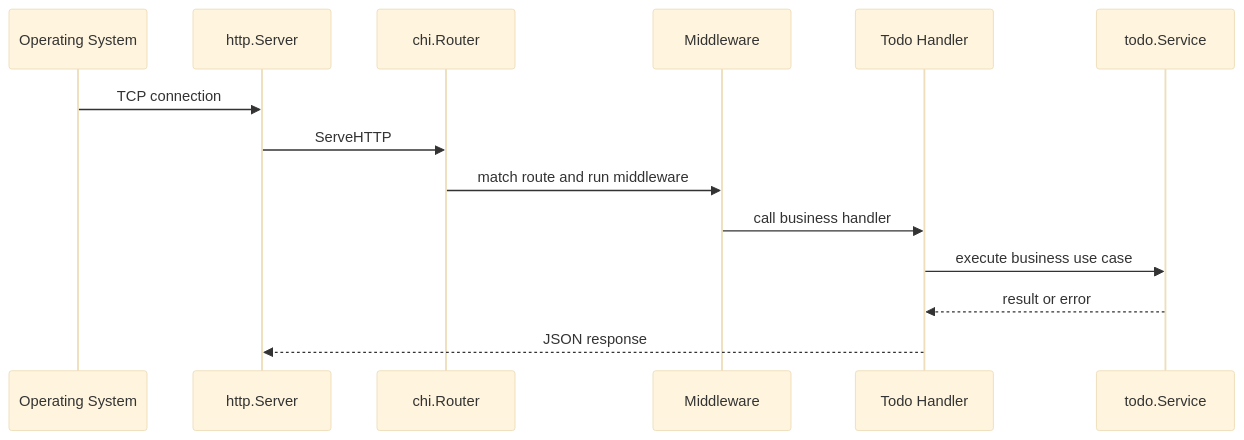
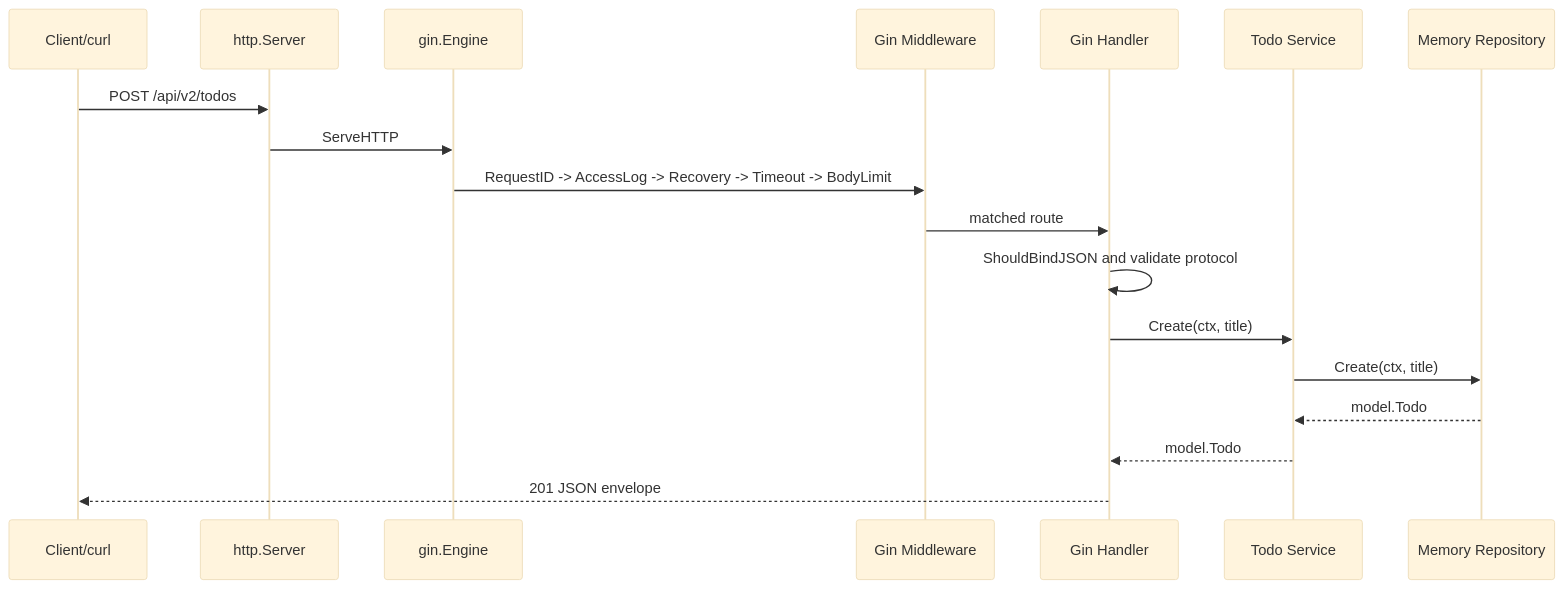
One commit to yleoer/cloud-native-todo-platform-docs changed the diagram in docs/chapters/stage-02-go-backend/10-go-web-api.md. Above: the diagram before and after it, drawn with Mermaid (base theme). The commit also changed other lines of this file and 3 other files, not shown here.

````diff
--- a/docs/chapters/stage-02-go-backend/10-go-web-api.md
+++ b/docs/chapters/stage-02-go-backend/10-go-web-api.md
@@ -275,17 +214,21 @@
 ```mermaid
 sequenceDiagram
-    participant OS as Operating System
+    participant Client as Client/curl
     participant Server as http.Server
-    participant Router as chi.Router
-    participant MW as Middleware
-    participant Handler as Todo Handler
-    participant Service as todo.Service
+    participant Gin as gin.Engine
+    participant MW as Gin Middleware
+    participant Handler as Gin Handler
+    participant Service as Todo Service
+    participant Repo as Memory Repository
 
-    OS->>Server: TCP connection
-    Server->>Router: ServeHTTP
-    Router->>MW: match route and run middleware
-    MW->>Handler: call business handler
-    Handler->>Service: execute business use case
-    Service-->>Handler: result or error
-    Handler-->>Server: JSON response
+    Client->>Server: POST /api/v2/todos
+    Server->>Gin: ServeHTTP
+    Gin->>MW: RequestID -> AccessLog -> Recovery -> Timeout -> BodyLimit
+    MW->>Handler: matched route
+    Handler->>Handler: ShouldBindJSON and validate protocol
+    Handler->>Service: Create(ctx, title)
+    Service->>Repo: Create(ctx, title)
+    Repo-->>Service: model.Todo
+    Service-->>Handler: model.Todo
+    Handler-->>Client: 201 JSON envelope
 ```
````
